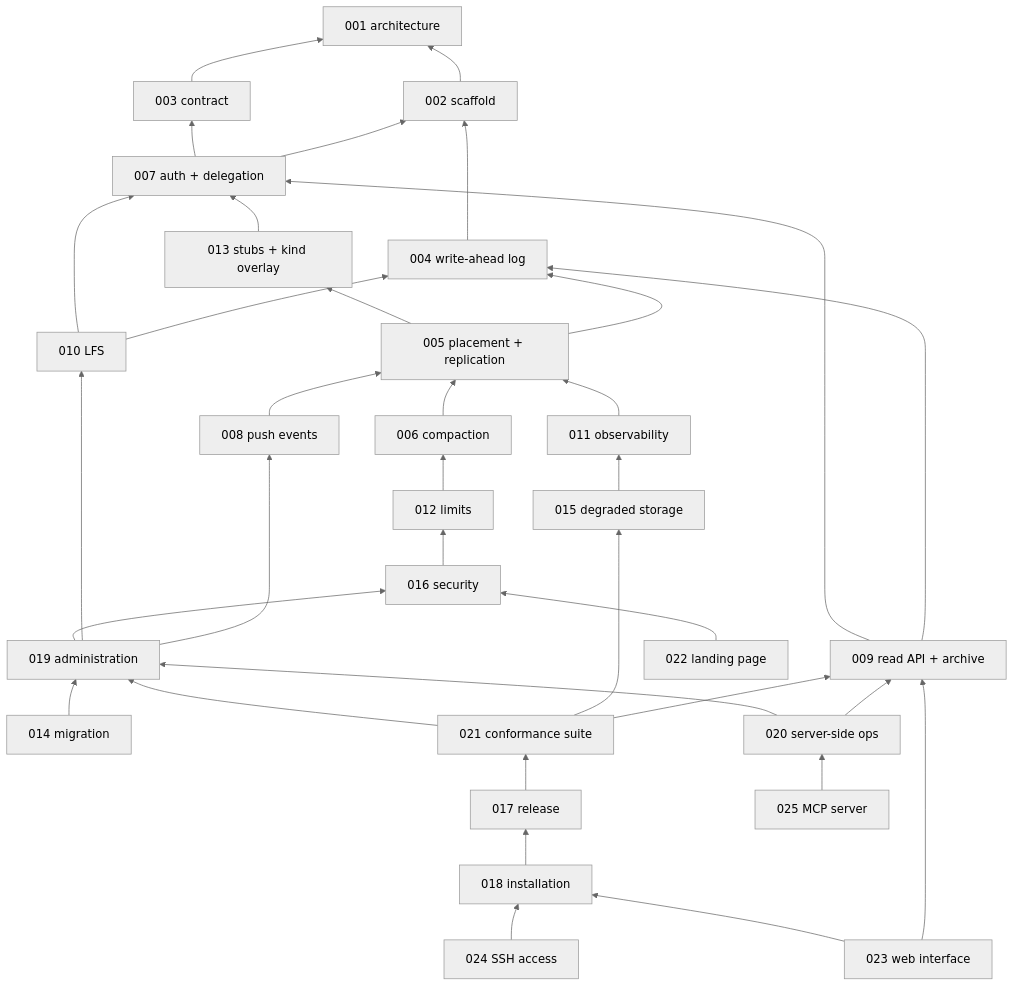
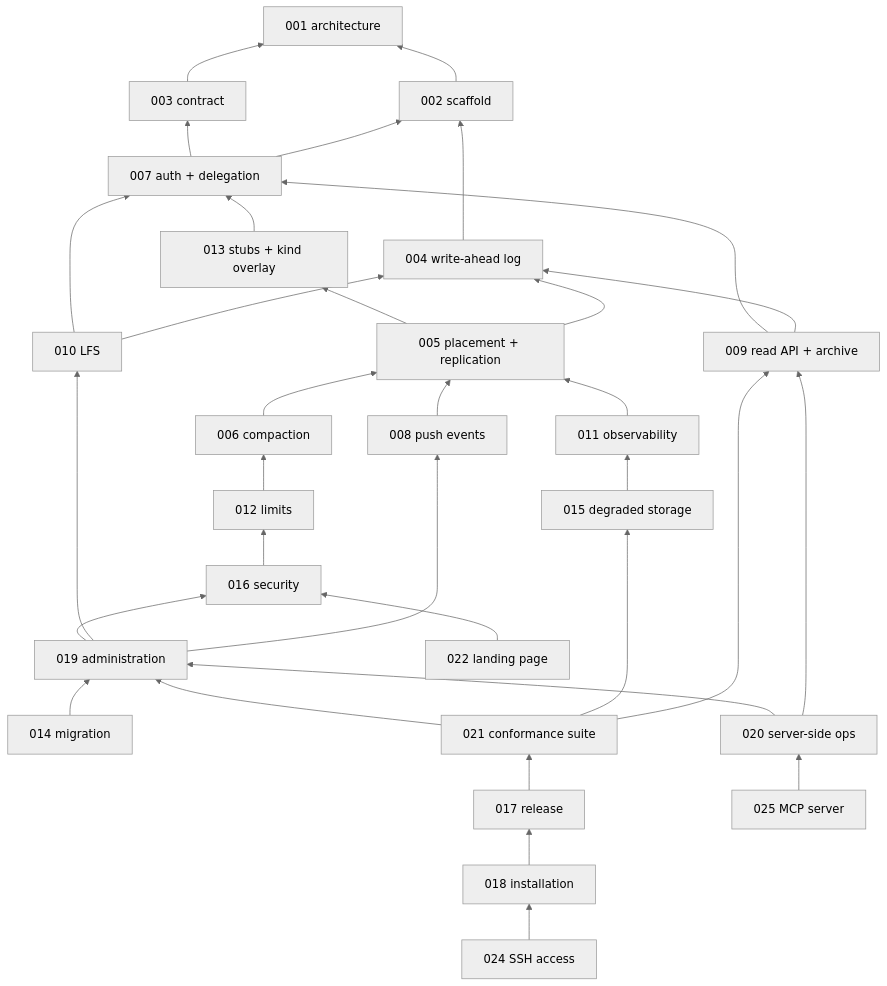
One commit to latere-ai/origo changed the second of 2 diagrams in specs/README.md. Above: the diagram before and after it, drawn with Mermaid (neutral theme). The commit also changed other lines of this file and 65 other files, not shown here.

First line of the commit message:
web: the interface moves to its own repository, as its spec required

````diff
--- a/specs/README.md
+++ b/specs/README.md
@@ -102,62 +101,59 @@
 ```mermaid
 flowchart BT
   S001[001 architecture]
   S002[002 scaffold]
   S003[003 contract]
   S004[004 write-ahead log]
   S005[005 placement + replication]
   S006[006 compaction]
   S007[007 auth + delegation]
   S008[008 push events]
   S009[009 read API + archive]
   S010[010 LFS]
   S011[011 observability]
   S012[012 limits]
   S013[013 stubs + kind overlay]
   S014[014 migration]
   S015[015 degraded storage]
   S016[016 security]
   S017[017 release]
   S018[018 installation]
   S019[019 administration]
   S020[020 server-side ops]
   S021[021 conformance suite]
   S022[022 landing page]
-  S023[023 web interface]
   S024[024 SSH access]
   S025[025 MCP server]
   S002 --> S001
   S003 --> S001
   S004 --> S002
   S005 --> S004
   S005 --> S013
   S006 --> S005
   S007 --> S002
   S007 --> S003
   S008 --> S005
   S009 --> S004
   S009 --> S007
   S010 --> S004
   S010 --> S007
   S011 --> S005
   S012 --> S006
   S013 --> S007
   S014 --> S019
   S015 --> S011
   S016 --> S012
   S017 --> S021
   S018 --> S017
   S019 --> S008
   S019 --> S010
   S019 --> S016
   S020 --> S009
   S020 --> S019
   S021 --> S009
   S021 --> S015
   S021 --> S019
   S022 --> S016
-  S023 --> S009
-  S023 --> S018
   S024 --> S018
   S025 --> S020
 ```
````
